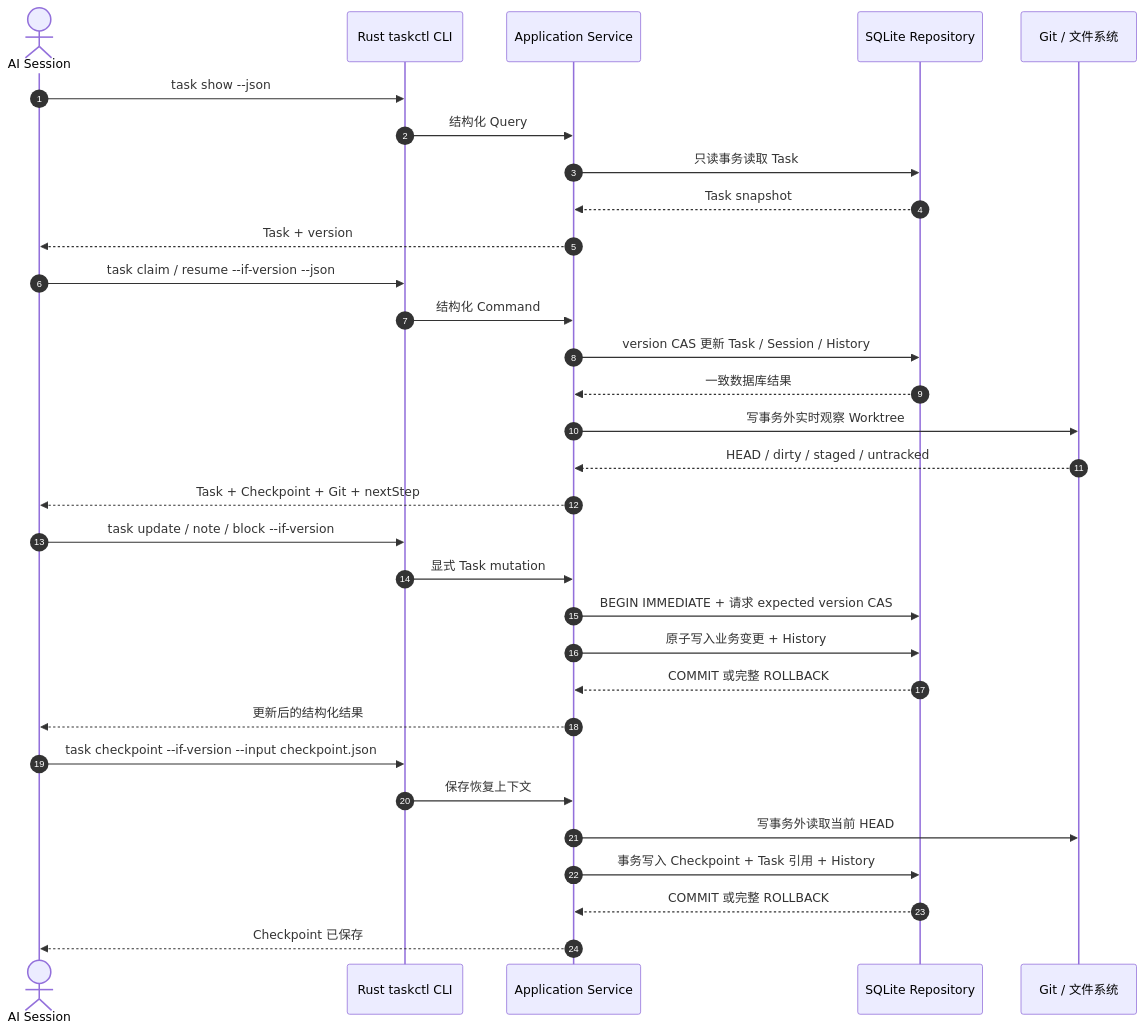
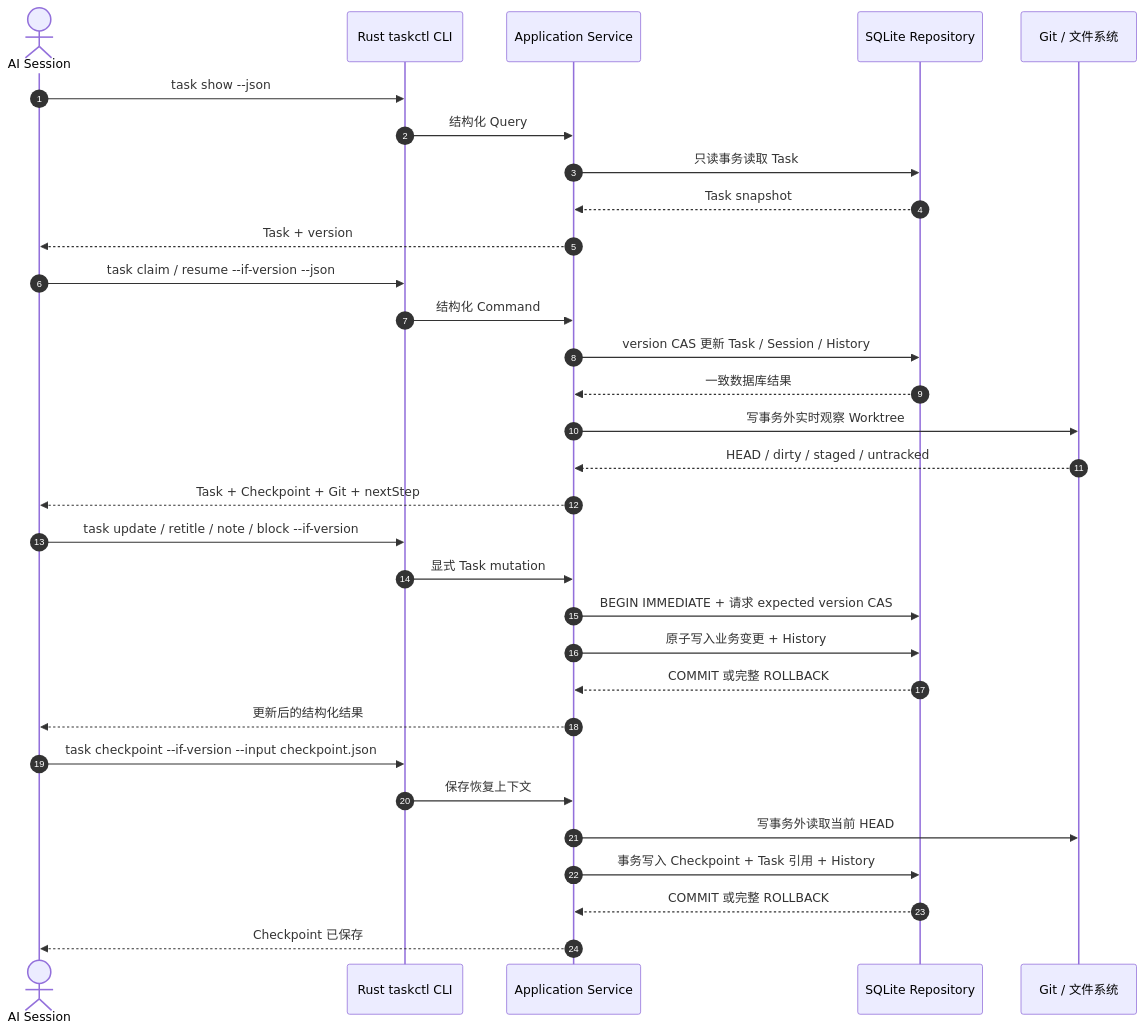
Before and after one commit to cecil-su/agent-steward: the third of 5 diagrams in docs/v0/10-架构与流程图.md, drawn with Mermaid. The commit also changed other lines of this file and 25 other files, not shown here.

````diff
--- a/docs/v0/10-架构与流程图.md
+++ b/docs/v0/10-架构与流程图.md
@@ -91,36 +91,36 @@
 ```mermaid
 sequenceDiagram
     autonumber
     actor AI as AI Session
     participant CLI as Rust taskctl CLI
     participant App as Application Service
     participant DB as SQLite Repository
     participant Git as Git / 文件系统
 
     AI->>CLI: task show --json
     CLI->>App: 结构化 Query
     App->>DB: 只读事务读取 Task
     DB-->>App: Task snapshot
     App-->>AI: Task + version
     AI->>CLI: task claim / resume --if-version --json
     CLI->>App: 结构化 Command
     App->>DB: version CAS 更新 Task / Session / History
     DB-->>App: 一致数据库结果
     App->>Git: 写事务外实时观察 Worktree
     Git-->>App: HEAD / dirty / staged / untracked
     App-->>AI: Task + Checkpoint + Git + nextStep
 
-    AI->>CLI: task update / note / block --if-version
+    AI->>CLI: task update / retitle / note / block --if-version
     CLI->>App: 显式 Task mutation
     App->>DB: BEGIN IMMEDIATE + 请求 expected version CAS
     App->>DB: 原子写入业务变更 + History
     DB-->>App: COMMIT 或完整 ROLLBACK
     App-->>AI: 更新后的结构化结果
 
     AI->>CLI: task checkpoint --if-version --input checkpoint.json
     CLI->>App: 保存恢复上下文
     App->>Git: 写事务外读取当前 HEAD
     App->>DB: 事务写入 Checkpoint + Task 引用 + History
     DB-->>App: COMMIT 或完整 ROLLBACK
     App-->>AI: Checkpoint 已保存
 ```
````
